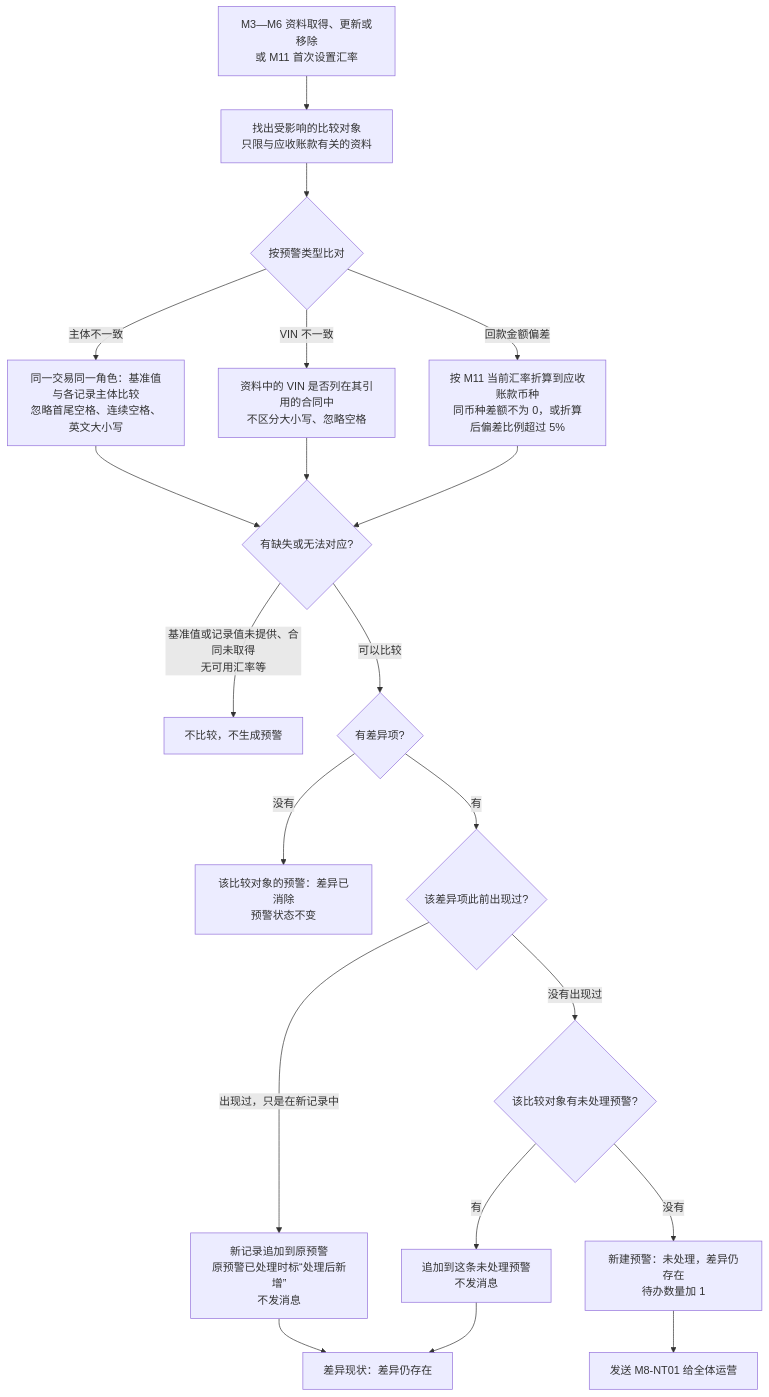
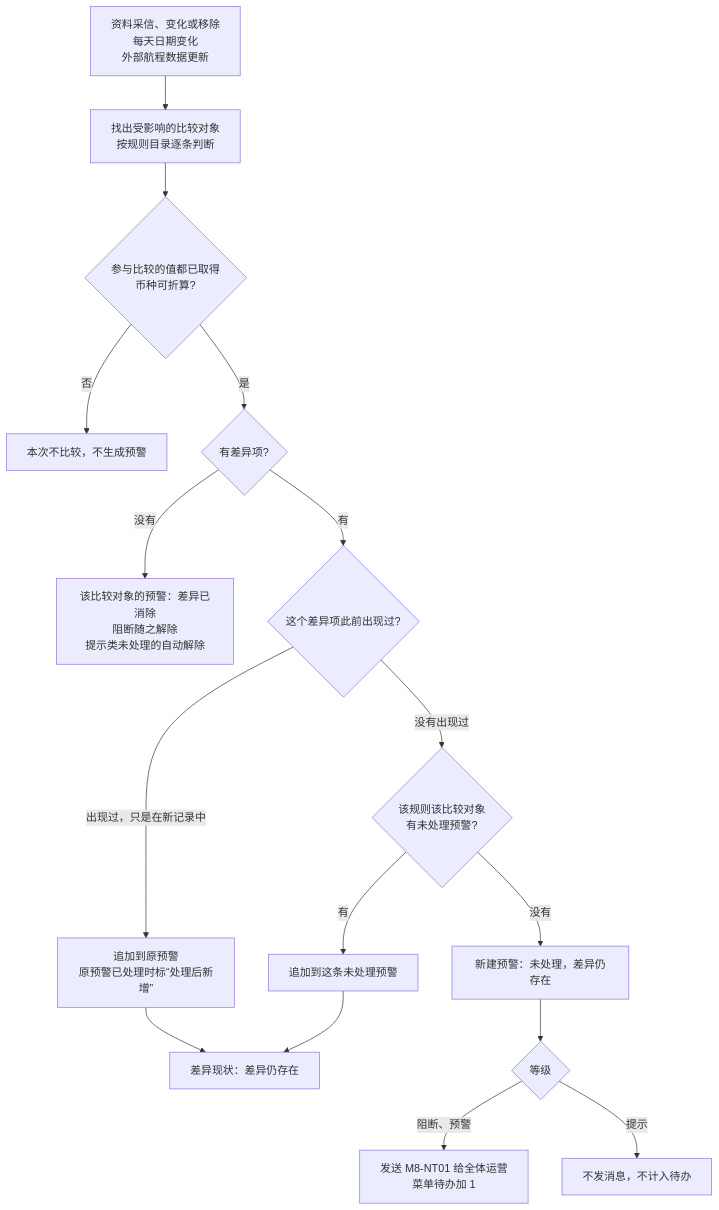
The first of 7 diagrams in asset-trust-platform/PRD/运营端/M8-风控预警与三方数据源/02-风控预警与三方数据源-流程图与状态机.md (wxblockchain/Chain-Financing), drawn with Mermaid before and after one commit. The commit also changed other lines of this file and 16 other files, not shown here.

````diff
--- a/asset-trust-platform/PRD/运营端/M8-风控预警与三方数据源/02-风控预警与三方数据源-流程图与状态机.md
+++ b/asset-trust-platform/PRD/运营端/M8-风控预警与三方数据源/02-风控预警与三方数据源-流程图与状态机.md
@@ -17,22 +19,18 @@
 ```mermaid
 flowchart TD
-    A[M3—M6 资料取得、更新或移除<br/>或 M11 首次设置汇率] --> B[找出受影响的比较对象<br/>只限与应收账款有关的资料]
-    B --> C{按预警类型比对}
-    C -->|主体不一致| P[同一交易同一角色：基准值与各记录主体比较<br/>忽略首尾空格、连续空格、英文大小写]
-    C -->|VIN 不一致| V[资料中的 VIN 是否列在其引用的合同中<br/>不区分大小写、忽略空格]
-    C -->|回款金额偏差| R[按 M11 当前汇率折算到应收账款币种<br/>同币种差额不为 0，或折算后偏差比例超过 5%]
-    P --> D{有缺失或无法对应?}
-    V --> D
-    R --> D
-    D -->|基准值或记录值未提供、合同未取得<br/>无可用汇率等| X[不比较，不生成预警]
-    D -->|可以比较| E{有差异项?}
-    E -->|没有| F[该比较对象的预警：差异已消除<br/>预警状态不变]
-    E -->|有| G{该差异项此前出现过?}
-    G -->|出现过，只是在新记录中| H[新记录追加到原预警<br/>原预警已处理时标“处理后新增”<br/>不发消息]
-    G -->|没有出现过| I{该比较对象有未处理预警?}
-    I -->|有| J[追加到这条未处理预警<br/>不发消息]
-    I -->|没有| K[新建预警：未处理，差异仍存在<br/>待办数量加 1]
-    K --> L[发送 M8-NT01 给全体运营]
-    H --> M[差异现状：差异仍存在]
-    J --> M
+    A[资料采信、变化或移除<br/>每天日期变化<br/>外部航程数据更新] --> B[找出受影响的比较对象<br/>按规则目录逐条判断]
+    B --> C{参与比较的值都已取得<br/>币种可折算?}
+    C -->|否| X[本次不比较，不生成预警]
+    C -->|是| D{有差异项?}
+    D -->|没有| F[该比较对象的预警：差异已消除<br/>阻断随之解除<br/>提示类未处理的自动解除]
+    D -->|有| G{这个差异项此前出现过?}
+    G -->|出现过，只是在新记录中| H[追加到原预警<br/>原预警已处理时标“处理后新增”]
+    G -->|没有出现过| I{该规则该比较对象<br/>有未处理预警?}
+    I -->|有| J[追加到这条未处理预警]
+    I -->|没有| K[新建预警：未处理，差异仍存在]
+    K --> L{等级}
+    L -->|阻断、预警| M[发送 M8-NT01 给全体运营<br/>菜单待办加 1]
+    L -->|提示| N[不发消息，不计入待办]
+    H --> O[差异现状：差异仍存在]
+    J --> O
 ```
````
